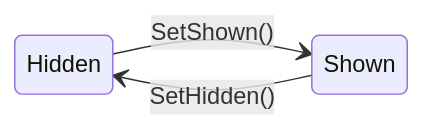
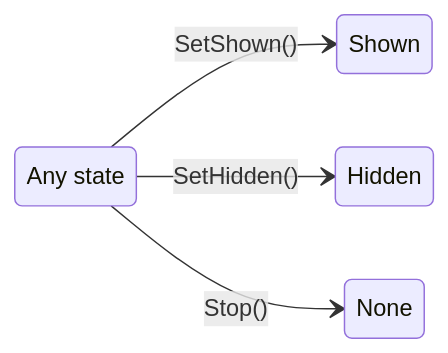
The second of 4 diagrams in README.md (CatCodeGames/StatefulEffects), drawn with Mermaid before and after one commit. The commit also changed other lines of this file and 265 other files, not shown here.

````diff
--- a/README.md
+++ b/README.md
@@ -22,7 +49,9 @@
 ```mermaid
 stateDiagram-v2
     direction LR
 
-    Hidden --> Shown : SetShown()
-    Shown --> Hidden : SetHidden()
+    state "Any state" as Any
+    Any --> Shown : SetShown()
+    Any --> Hidden : SetHidden()
+    Any --> None : Stop()
 ```
````
